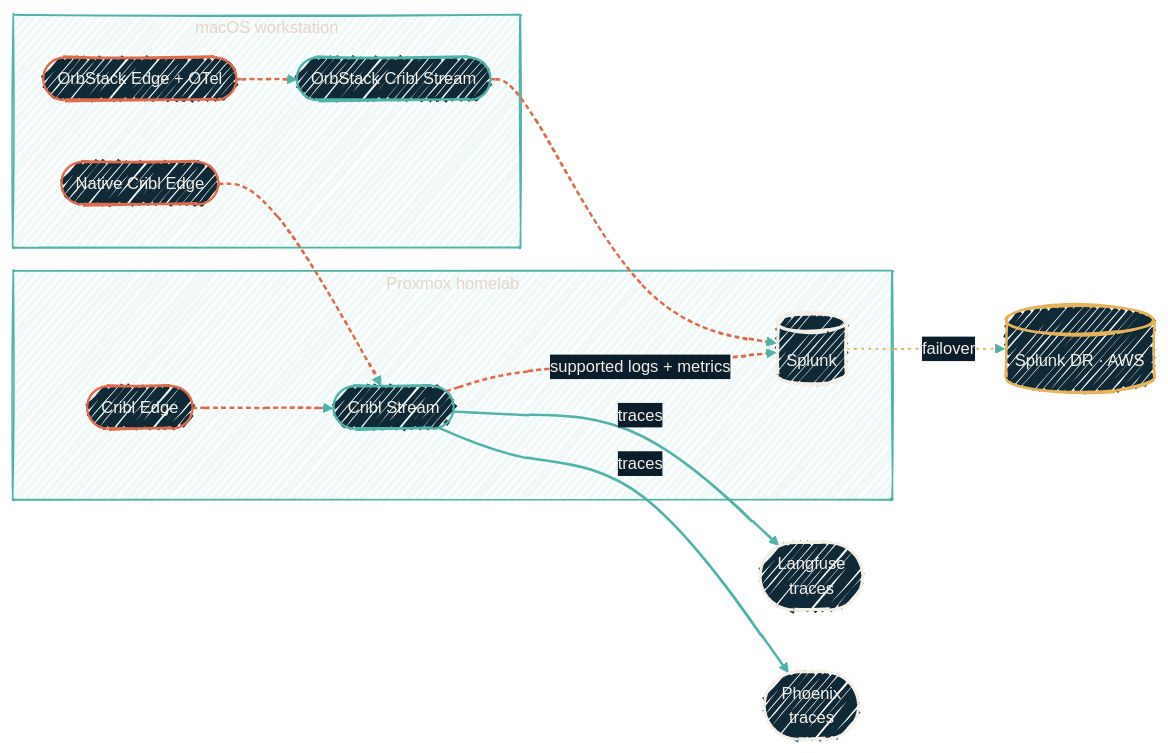
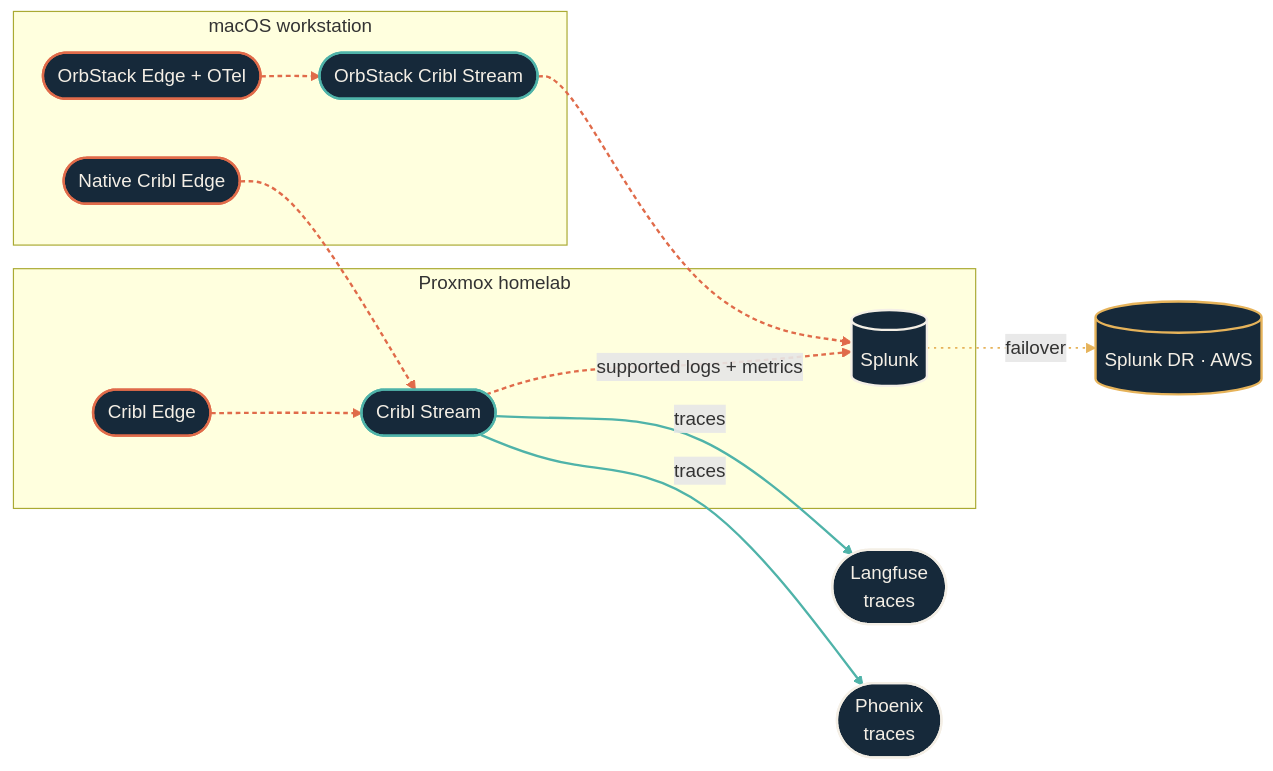
Before and after one commit to dryvist/docs: the diagram in observability/monitoring-agents.mdx, drawn with Mermaid. The commit also changed other lines of this file and 116 other files, not shown here.

````diff
--- a/observability/monitoring-agents.mdx
+++ b/observability/monitoring-agents.mdx
@@ -16,41 +16,43 @@
 ```mermaid
-%%{init:
-  {'theme':'base','look':'handDrawn','themeVariables':{'fontFamily':'Geist','fontSize':'14px','primaryColor':'#102937','primaryTextColor':'#F4EFE6','primaryBorderColor':'#4FB3A9','lineColor':'#4FB3A9','secondaryColor':'#0B1D2A','tertiaryColor':'#1A2A38','clusterBkg':'rgba(79,179,169,0.08)','clusterBorder':'#4FB3A9'}}}%%
-  flowchart LR
+%%{init: {"theme":"base","look":"handDrawn","themeVariables":{"primaryColor":"#123a36","primaryTextColor":"#f4efe6","primaryBorderColor":"#4fb3a9","lineColor":"#4fb3a9","secondaryColor":"#0b1d2a","tertiaryColor":"#16293a","clusterBkg":"#08151f","clusterBorder":"#4fb3a9","fontFamily":"'Geist Sans', system-ui, -apple-system, BlinkMacSystemFont, 'Segoe UI', Roboto, sans-serif","fontSize":"14px"}}}%%
+flowchart LR
+  classDef src fill:#16293a,stroke:#e06b4a,stroke-width:2px,color:#f4efe6;
+  classDef ai fill:#16293a,stroke:#e06b4a,stroke-width:2px,color:#f4efe6;
+  classDef gate fill:#16293a,stroke:#e06b4a,stroke-width:2.5px,color:#f4efe6;
+  classDef hop fill:#16293a,stroke:#4fb3a9,stroke-width:2px,color:#f4efe6;
+  classDef host fill:#16293a,stroke:#4fb3a9,stroke-width:2px,color:#f4efe6;
+  classDef sink fill:#16293a,stroke:#f4efe6,stroke-width:2px,color:#f4efe6;
+  classDef auto fill:#16293a,stroke:#f4efe6,stroke-width:1.5px,color:#f4efe6;
+  classDef external fill:#16293a,stroke:#e6b35a,stroke-width:2px,color:#f4efe6;
   subgraph homelab["Proxmox homelab"]
   hEdge(["Cribl Edge"])
   hStream(["Cribl Stream"])
   splunk[("Splunk")]
   end
   subgraph mac["macOS workstation"]
   mEdge(["Native Cribl Edge"])
   oEdge(["OrbStack Edge + OTel"])
   oStream(["OrbStack Cribl Stream"])
   end
   awsdr[("Splunk DR · AWS")]
   langfuse([Langfuse<br/>traces])
   phoenix([Phoenix<br/>traces])
 
   hEdge --> hStream
   mEdge --> hStream
   oEdge --> oStream
   hStream -->|supported logs + metrics| splunk
   oStream --> splunk
   hStream -->|traces| langfuse
   hStream -->|traces| phoenix
   splunk -.failover.-> awsdr
 
-  classDef src      fill:#102937,stroke:#E06B4A,stroke-width:2px,color:#F4EFE6;
-  classDef hop      fill:#102937,stroke:#4FB3A9,stroke-width:2px,color:#F4EFE6;
-  classDef sink     fill:#102937,stroke:#F4EFE6,stroke-width:2.5px,color:#F4EFE6;
-  classDef external fill:#102937,stroke:#E6B35A,stroke-width:2px,color:#F4EFE6;
-
   class hEdge,mEdge,oEdge src
   class hStream,oStream hop
   class splunk,langfuse,phoenix sink
   class awsdr external
 
   linkStyle 0,1,2,3,4 stroke:#E06B4A,stroke-width:2px,stroke-dasharray:4 3;
   linkStyle 5,6 stroke:#4FB3A9,stroke-width:2px;
   linkStyle 7 stroke:#E6B35A,stroke-width:1.5px,stroke-dasharray:2 4;
 ```
````
